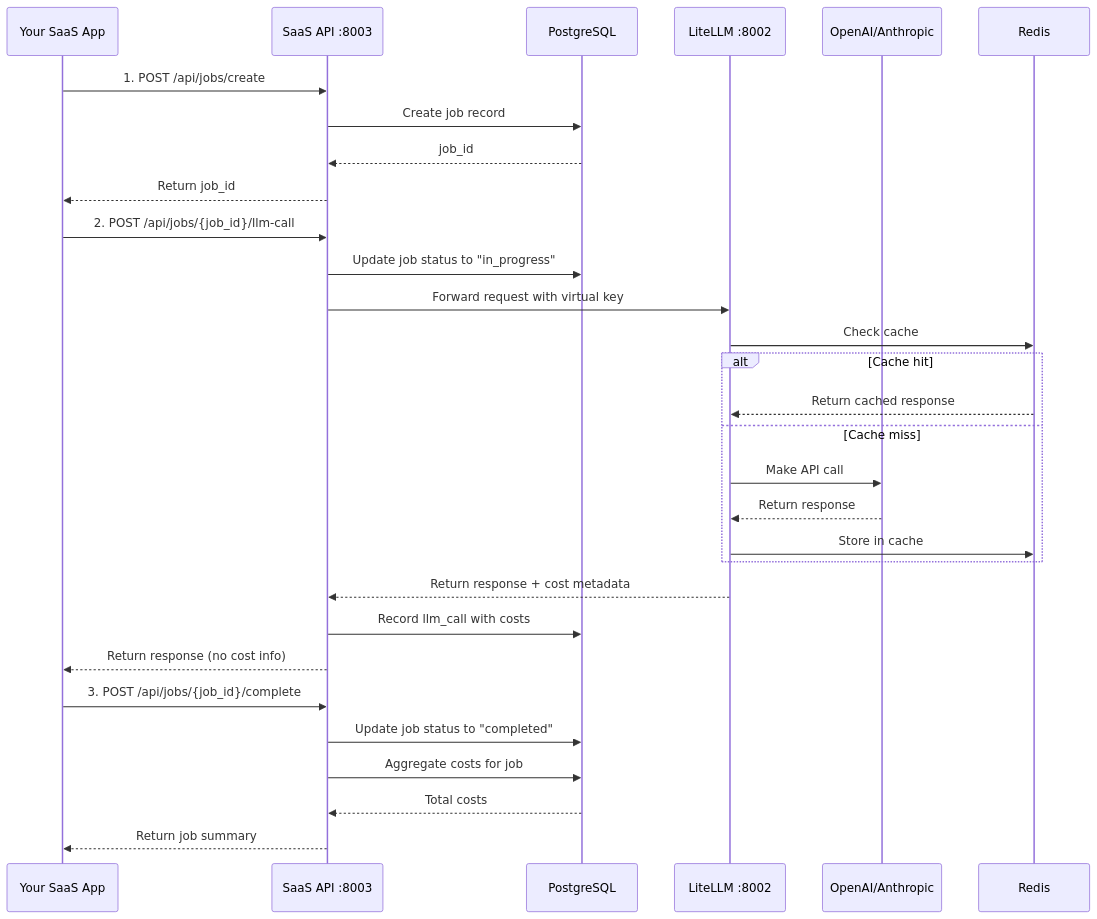
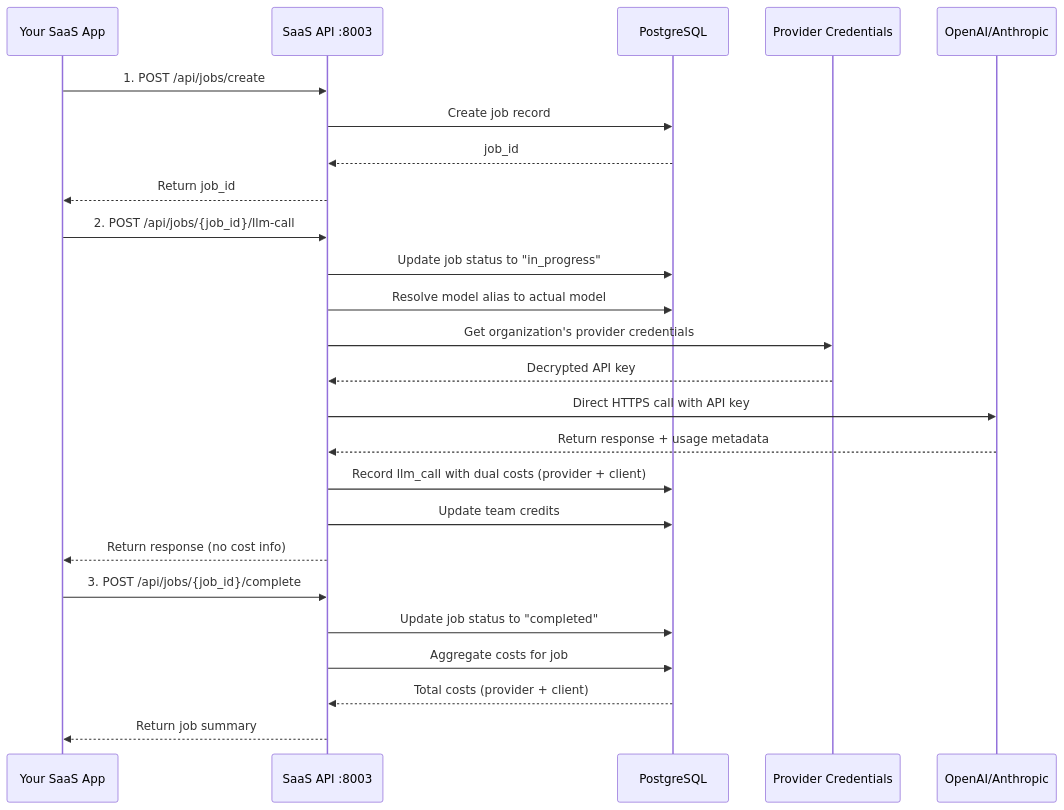
The second of 2 diagrams in docs-service/docs/getting-started/architecture.md (GittieLabs/SaasLiteLLM), drawn with Mermaid before and after one commit. The commit also changed other lines of this file, not shown here.

First line of the commit message:
docs: Update architecture to reflect direct provider integration

````diff
--- a/docs-service/docs/getting-started/architecture.md
+++ b/docs-service/docs/getting-started/architecture.md
@@ -172,37 +221,30 @@
 ```mermaid
 sequenceDiagram
     participant App as Your SaaS App
     participant API as SaaS API :8003
     participant DB as PostgreSQL
-    participant LLM as LiteLLM :8002
+    participant Creds as Provider Credentials
     participant Provider as OpenAI/Anthropic
-    participant Cache as Redis
 
     App->>API: 1. POST /api/jobs/create
     API->>DB: Create job record
     DB-->>API: job_id
     API-->>App: Return job_id
 
     App->>API: 2. POST /api/jobs/{job_id}/llm-call
     API->>DB: Update job status to "in_progress"
-    API->>LLM: Forward request with virtual key
-    LLM->>Cache: Check cache
-
-    alt Cache hit
-        Cache-->>LLM: Return cached response
-    else Cache miss
-        LLM->>Provider: Make API call
-        Provider-->>LLM: Return response
-        LLM->>Cache: Store in cache
-    end
-
-    LLM-->>API: Return response + cost metadata
-    API->>DB: Record llm_call with costs
+    API->>DB: Resolve model alias to actual model
+    API->>Creds: Get organization's provider credentials
+    Creds-->>API: Decrypted API key
+    API->>Provider: Direct HTTPS call with API key
+    Provider-->>API: Return response + usage metadata
+    API->>DB: Record llm_call with dual costs (provider + client)
+    API->>DB: Update team credits
     API-->>App: Return response (no cost info)
 
     App->>API: 3. POST /api/jobs/{job_id}/complete
     API->>DB: Update job status to "completed"
     API->>DB: Aggregate costs for job
-    DB-->>API: Total costs
+    DB-->>API: Total costs (provider + client)
     API-->>App: Return job summary
 ```
````
